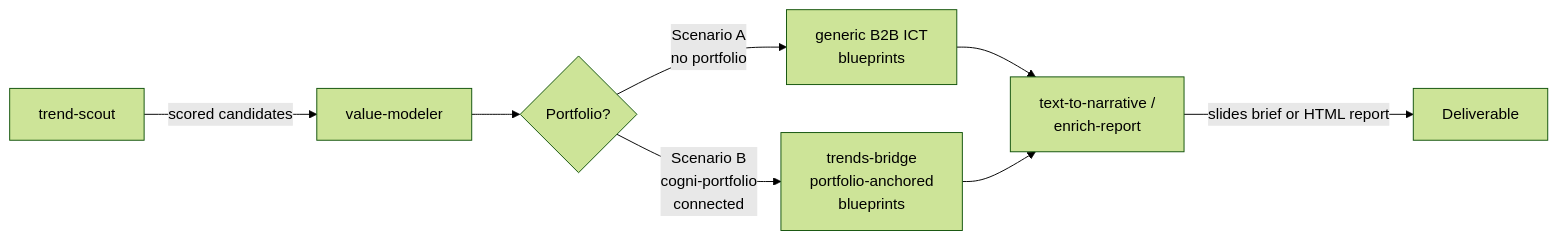
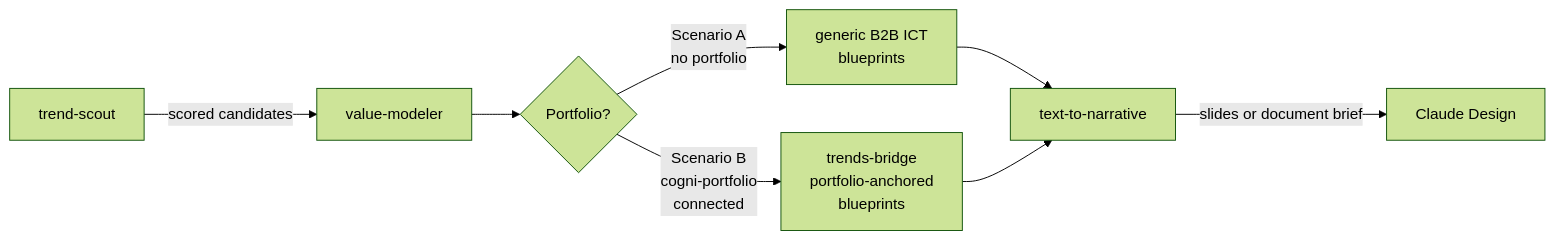
The diagram in docs/workflows/trends-to-solutions.md (cogni-work/insight-wave), drawn with Mermaid (forest theme) before and after one commit. The commit also changed other lines of this file and 156 other files, not shown here.

````diff
--- a/docs/workflows/trends-to-solutions.md
+++ b/docs/workflows/trends-to-solutions.md
@@ -7,10 +7,10 @@
 ```mermaid
 graph LR
     A[trend-scout] -->|scored candidates| B[value-modeler]
     B --> C{Portfolio?}
     C -->|Scenario A<br/>no portfolio| SA[generic B2B ICT<br/>blueprints]
     C -->|Scenario B<br/>cogni-portfolio<br/>connected| SB[trends-bridge<br/>portfolio-anchored<br/>blueprints]
-    SA --> D[text-to-narrative /<br/>enrich-report]
+    SA --> D[text-to-narrative]
     SB --> D
-    D -->|slides brief or HTML report| E[Deliverable]
+    D -->|slides or document brief| E[Claude Design]
 ```
````
